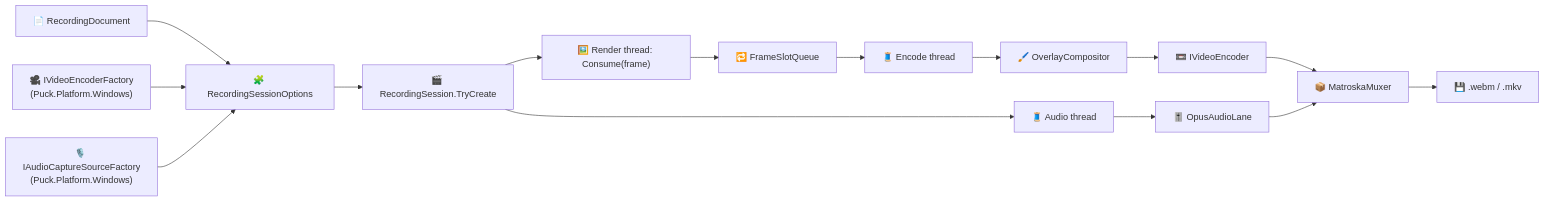
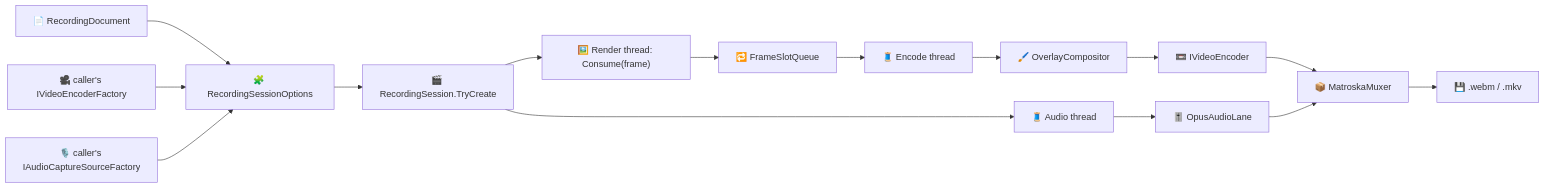
One commit to ByteTerrace/Puck changed the diagram in docs/reference/recording.md. Above: the diagram before and after it, drawn with Mermaid. The commit also changed other lines of this file and 20 other files, not shown here.

````diff
--- a/docs/reference/recording.md
+++ b/docs/reference/recording.md
@@ -50,17 +47,17 @@
 ```mermaid
 flowchart LR
     Doc["📄 RecordingDocument"] --> Options["🧩 RecordingSessionOptions"]
-    VideoFactory["🎥 IVideoEncoderFactory<br/>(Puck.Platform.Windows)"] --> Options
-    AudioFactory["🎙️ IAudioCaptureSourceFactory<br/>(Puck.Platform.Windows)"] --> Options
+    VideoFactory["🎥 caller's IVideoEncoderFactory"] --> Options
+    AudioFactory["🎙️ caller's IAudioCaptureSourceFactory"] --> Options
     Options --> Session["🎬 RecordingSession.TryCreate"]
     Session --> Render["🖼️ Render thread: Consume(frame)"]
     Render --> Queue["🔁 FrameSlotQueue"]
     Queue --> Encode["🧵 Encode thread"]
     Encode --> Overlay["🖌️ OverlayCompositor"]
     Overlay --> Video["📼 IVideoEncoder"]
     Session --> Audio["🧵 Audio thread"]
     Audio --> Lane["🎚️ OpusAudioLane"]
     Video --> Mux["📦 MatroskaMuxer"]
     Lane --> Mux
     Mux --> File["💾 .webm / .mkv"]
 ```
````
